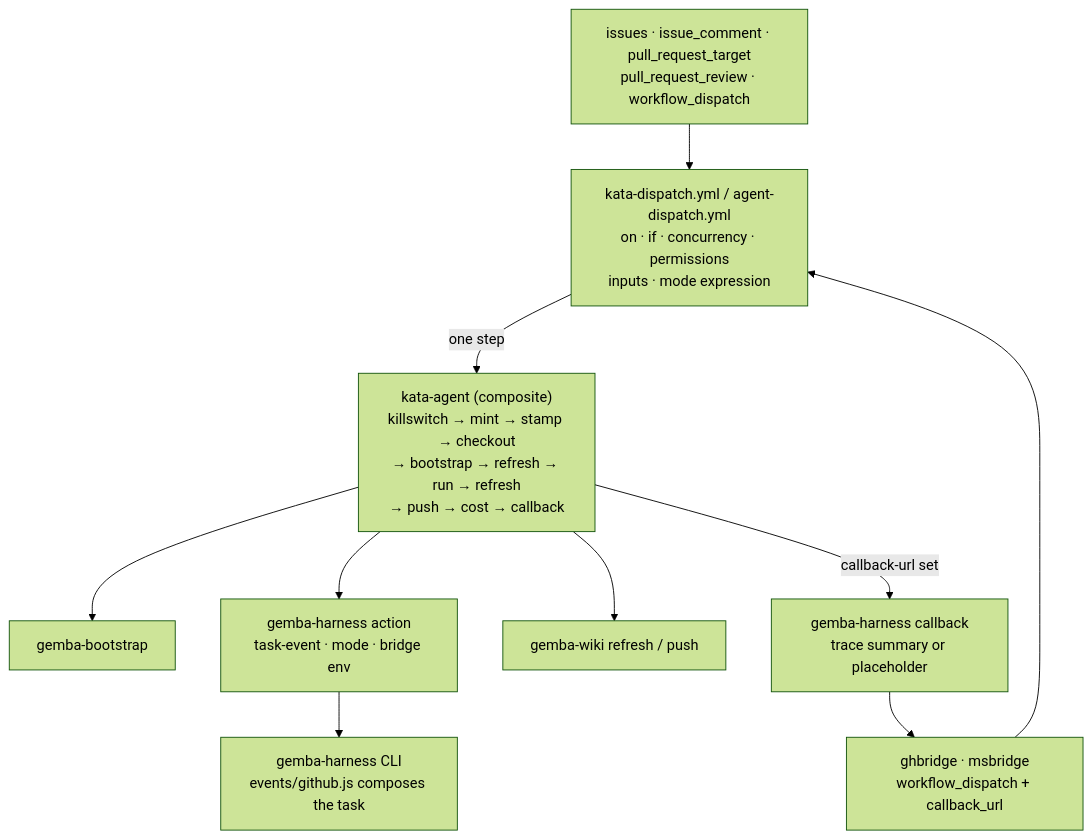
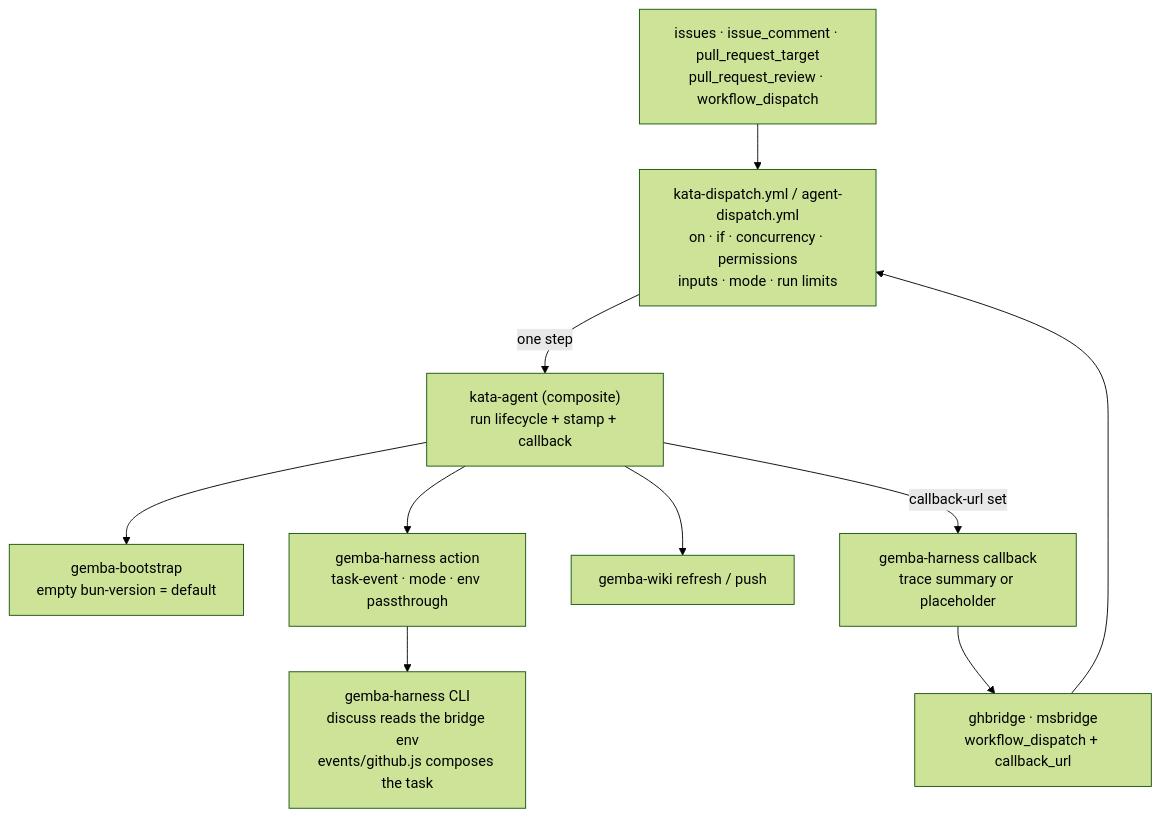
The first of 2 diagrams in specs/2340-package-dispatch-workflow/design-a.md (forwardimpact/monorepo), drawn with Mermaid (forest theme) before and after one commit. The commit also changed other lines of this file and 1 other file, not shown here.

First line of the commit message:
design(2340): address the combined spec and design review panels

````diff
--- a/specs/2340-package-dispatch-workflow/design-a.md
+++ b/specs/2340-package-dispatch-workflow/design-a.md
@@ -11,12 +10,12 @@
 ```mermaid
 graph TD
-    EV["issues · issue_comment · pull_request_target<br/>pull_request_review · workflow_dispatch"] --> WF["kata-dispatch.yml / agent-dispatch.yml<br/>on · if · concurrency · permissions<br/>inputs · mode expression"]
+    EV["issues · issue_comment · pull_request_target<br/>pull_request_review · workflow_dispatch"] --> WF["kata-dispatch.yml / agent-dispatch.yml<br/>on · if · concurrency · permissions<br/>inputs · mode · run limits"]
     BR["ghbridge · msbridge<br/>workflow_dispatch + callback_url"] --> WF
-    WF -->|"one step"| KA["kata-agent (composite)<br/>killswitch → mint → stamp → checkout<br/>→ bootstrap → refresh → run → refresh<br/>→ push → cost → callback"]
-    KA --> GB["gemba-bootstrap"]
-    KA --> GH["gemba-harness action<br/>task-event · mode · bridge env"]
+    WF -->|"one step"| KA["kata-agent (composite)<br/>run lifecycle + stamp + callback"]
+    KA --> GB["gemba-bootstrap<br/>empty bun-version = default"]
+    KA --> GH["gemba-harness action<br/>task-event · mode · env passthrough"]
     KA --> GW["gemba-wiki refresh / push"]
-    GH --> CLI["gemba-harness CLI<br/>events/github.js composes the task"]
+    GH --> CLI["gemba-harness CLI<br/>discuss reads the bridge env<br/>events/github.js composes the task"]
     KA -->|"callback-url set"| CB["gemba-harness callback<br/>trace summary or placeholder"]
     CB --> BR
 ```
````
